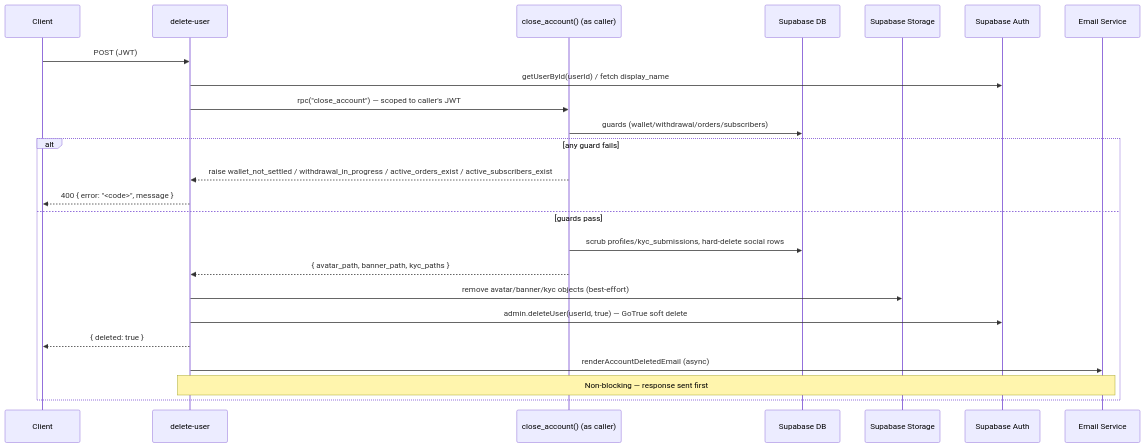
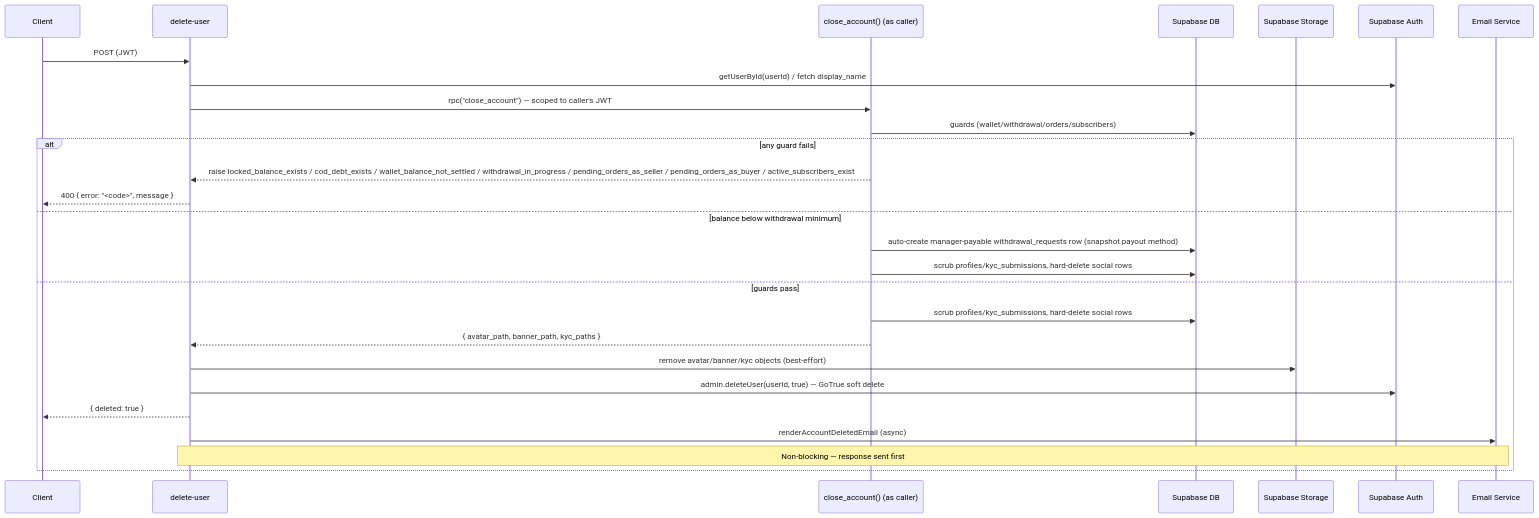
The diagram in docs/edge-functions/backend/delete-user.md (hobenakicoffee/libraries), drawn with Mermaid before and after one commit. The commit also changed other lines of this file and 2 other files, not shown here.

Commit message:
docs: update delete account related docs

````diff
--- a/docs/edge-functions/backend/delete-user.md
+++ b/docs/edge-functions/backend/delete-user.md
@@ -21,27 +23,30 @@
 ```mermaid
 sequenceDiagram
     participant C as Client
     participant EF as delete-user
     participant RPC as close_account() (as caller)
     participant DB as Supabase DB
     participant Storage as Supabase Storage
     participant A as Supabase Auth
     participant Email as Email Service
 
     C->>EF: POST (JWT)
     EF->>A: getUserById(userId) / fetch display_name
     EF->>RPC: rpc("close_account") — scoped to caller's JWT
     RPC->>DB: guards (wallet/withdrawal/orders/subscribers)
     alt any guard fails
-        RPC-->>EF: raise wallet_not_settled / withdrawal_in_progress / active_orders_exist / active_subscribers_exist
+        RPC-->>EF: raise locked_balance_exists / cod_debt_exists / wallet_balance_not_settled / withdrawal_in_progress / pending_orders_as_seller / pending_orders_as_buyer / active_subscribers_exist
         EF-->>C: 400 { error: "<code>", message }
+    else balance below withdrawal minimum
+        RPC->>DB: auto-create manager-payable withdrawal_requests row (snapshot payout method)
+        RPC->>DB: scrub profiles/kyc_submissions, hard-delete social rows
     else guards pass
         RPC->>DB: scrub profiles/kyc_submissions, hard-delete social rows
         RPC-->>EF: { avatar_path, banner_path, kyc_paths }
         EF->>Storage: remove avatar/banner/kyc objects (best-effort)
         EF->>A: admin.deleteUser(userId, true) — GoTrue soft delete
         EF-->>C: { deleted: true }
         EF->>Email: renderAccountDeletedEmail (async)
         Note over EF,Email: Non-blocking — response sent first
     end
 ```
````
